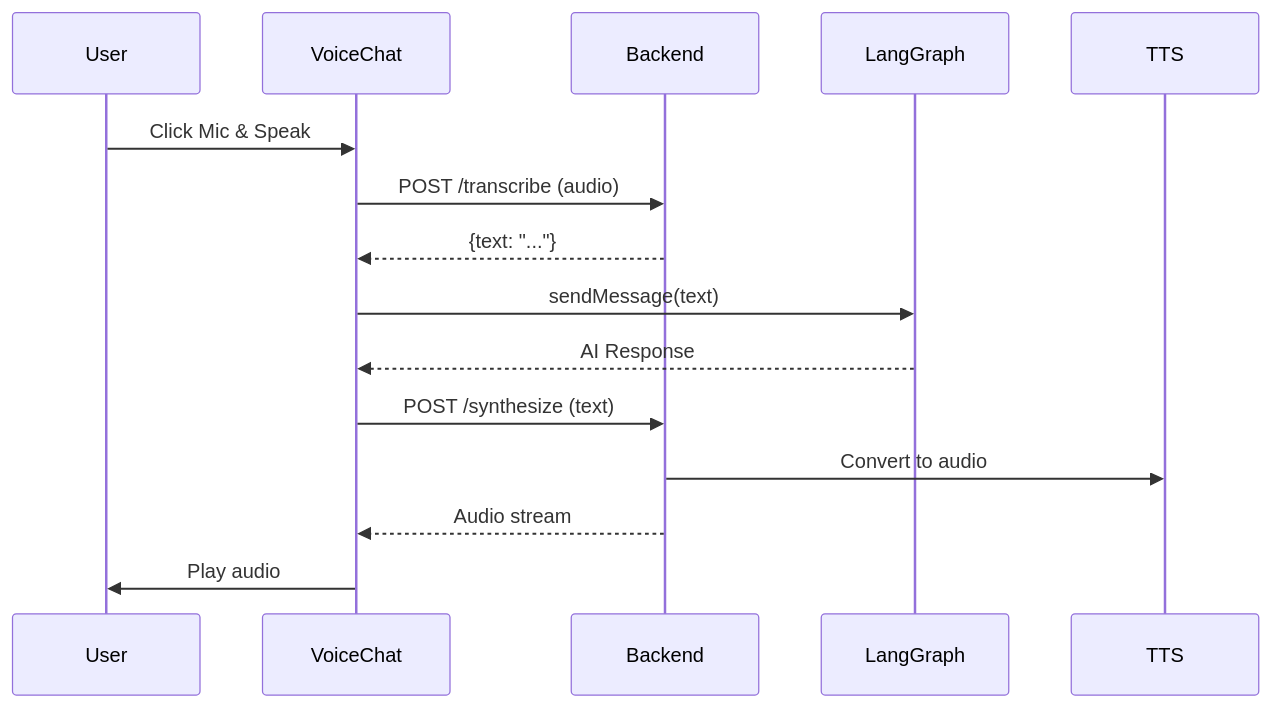
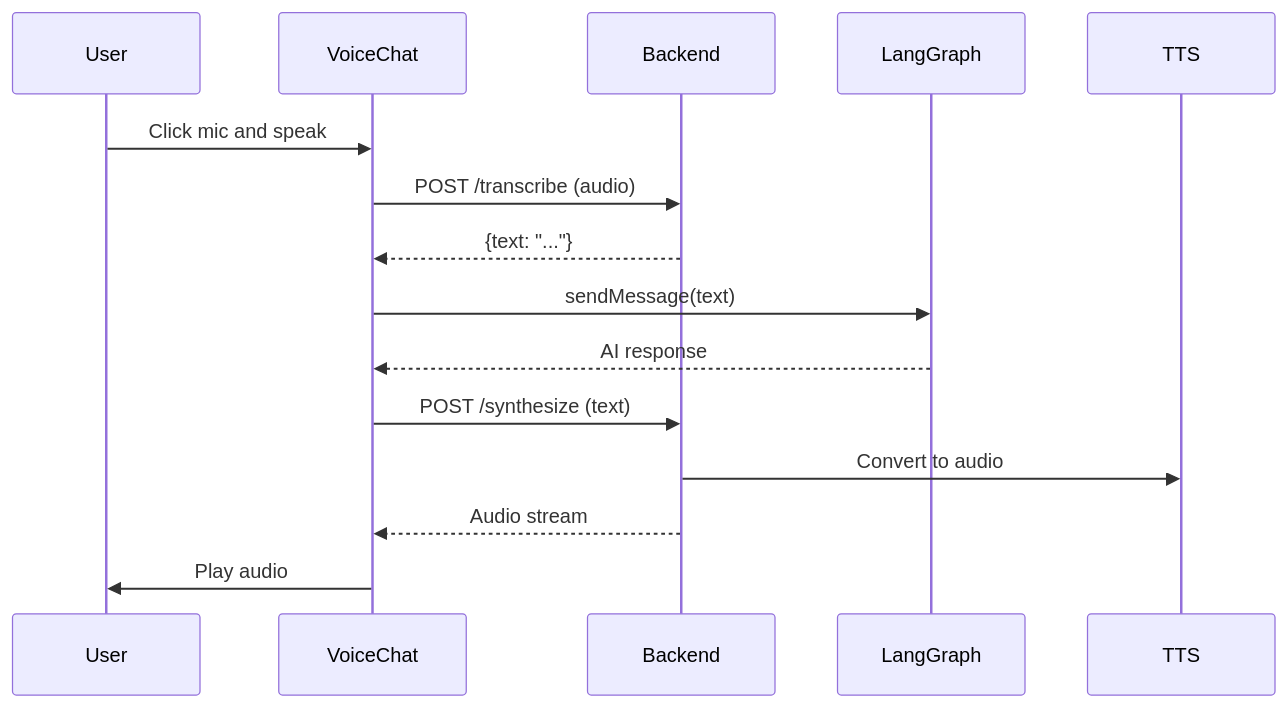
The fourth of 5 diagrams in ARCHITECTURE.md (princepal9120/Perception), drawn with Mermaid before and after one commit. The commit also changed other lines of this file and 4 other files, not shown here.

Commit message:
feat: Add issue templates for bug reports and feature requests; enhance pull request template and update architecture documentation

````diff
--- a/ARCHITECTURE.md
+++ b/ARCHITECTURE.md
@@ -127,18 +179,18 @@
 ```mermaid
 sequenceDiagram
     participant User
     participant VoiceChat
     participant Backend
     participant LangGraph
     participant TTS
 
-    User->>VoiceChat: Click Mic & Speak
+    User->>VoiceChat: Click mic and speak
     VoiceChat->>Backend: POST /transcribe (audio)
     Backend-->>VoiceChat: {text: "..."}
     VoiceChat->>LangGraph: sendMessage(text)
-    LangGraph-->>VoiceChat: AI Response
+    LangGraph-->>VoiceChat: AI response
     VoiceChat->>Backend: POST /synthesize (text)
     Backend->>TTS: Convert to audio
     Backend-->>VoiceChat: Audio stream
     VoiceChat->>User: Play audio
 ```
````
